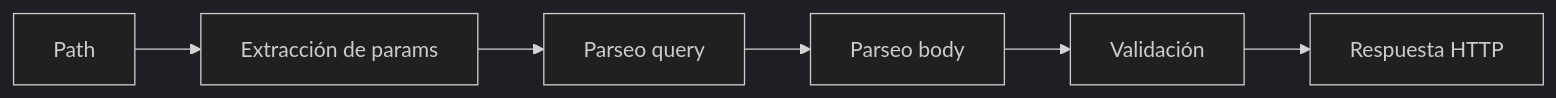
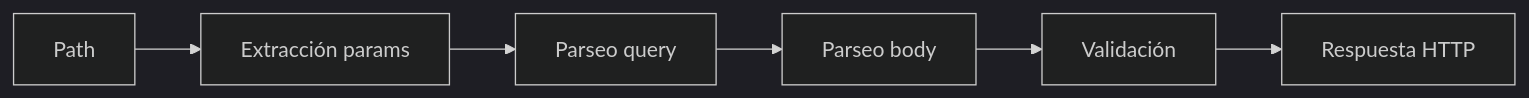
Before and after one commit to misaelzapata/fastfn: the diagram in docs/es/tutorial/desde-cero/2-enrutamiento-y-datos.md, drawn with Mermaid (dark theme). The commit also changed other lines of this file and 45 other files, not shown here.

````diff
--- a/docs/es/tutorial/desde-cero/2-enrutamiento-y-datos.md
+++ b/docs/es/tutorial/desde-cero/2-enrutamiento-y-datos.md
@@ -124,8 +247,8 @@
 ```mermaid
 flowchart LR
-  A["Path"] --> B["Extracción de params"]
+  A["Path"] --> B["Extracción params"]
   B --> C["Parseo query"]
   C --> D["Parseo body"]
   D --> E["Validación"]
   E --> F["Respuesta HTTP"]
 ```
````
